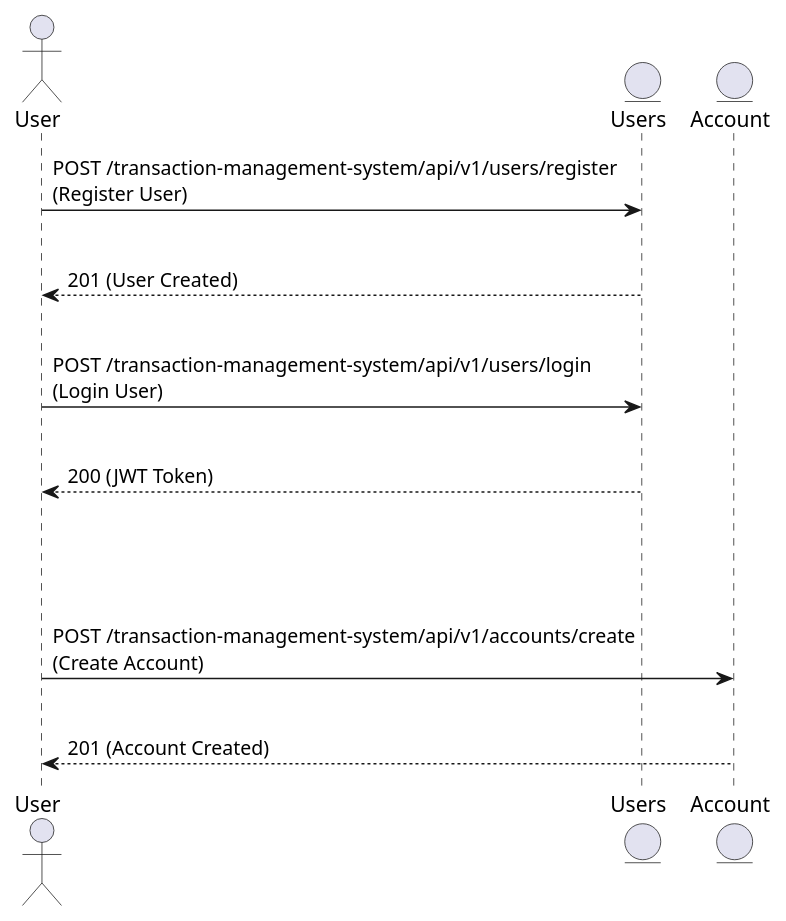
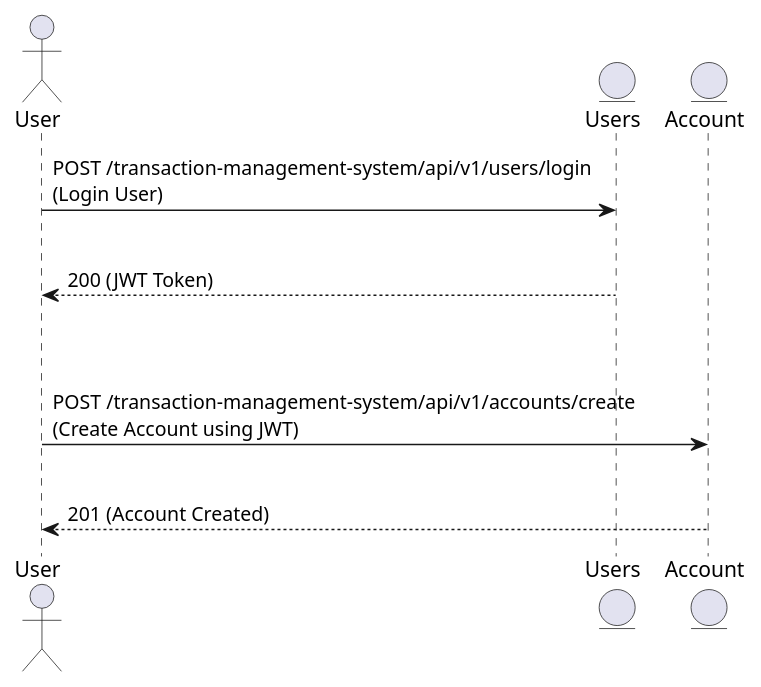
Before and after one commit to LuigiSandu/transaction-management-system: the diagram in transaction-management-system-doc/flows/createAccount.puml, drawn with PlantUML. The commit also changed 6 other files, not shown here.

```diff
--- a/transaction-management-system-doc/flows/createAccount.puml
+++ b/transaction-management-system-doc/flows/createAccount.puml
@@ -1,21 +1,16 @@
 @startuml
 
 actor User
 entity "Users" as Users
 entity "Account" as Account
 
-User -> Users : POST /transaction-management-system/api/v1/users/register\n(Register User)
-|||
-Users --> User : 201 (User Created)
-|||
 User -> Users : POST /transaction-management-system/api/v1/users/login\n(Login User)
 |||
 Users --> User : 200 (JWT Token)
 |||
 |||
-|||
-User -> Account : POST /transaction-management-system/api/v1/accounts/create\n(Create Account)
+User -> Account : POST /transaction-management-system/api/v1/accounts/create\n(Create Account using JWT)
 |||
 Account --> User : 201 (Account Created)
 
 @enduml
```
